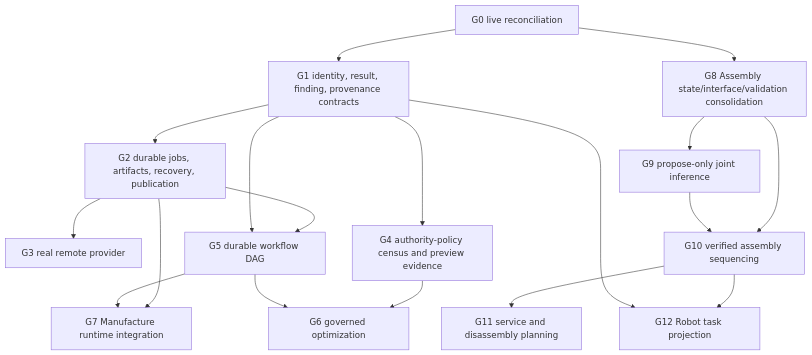
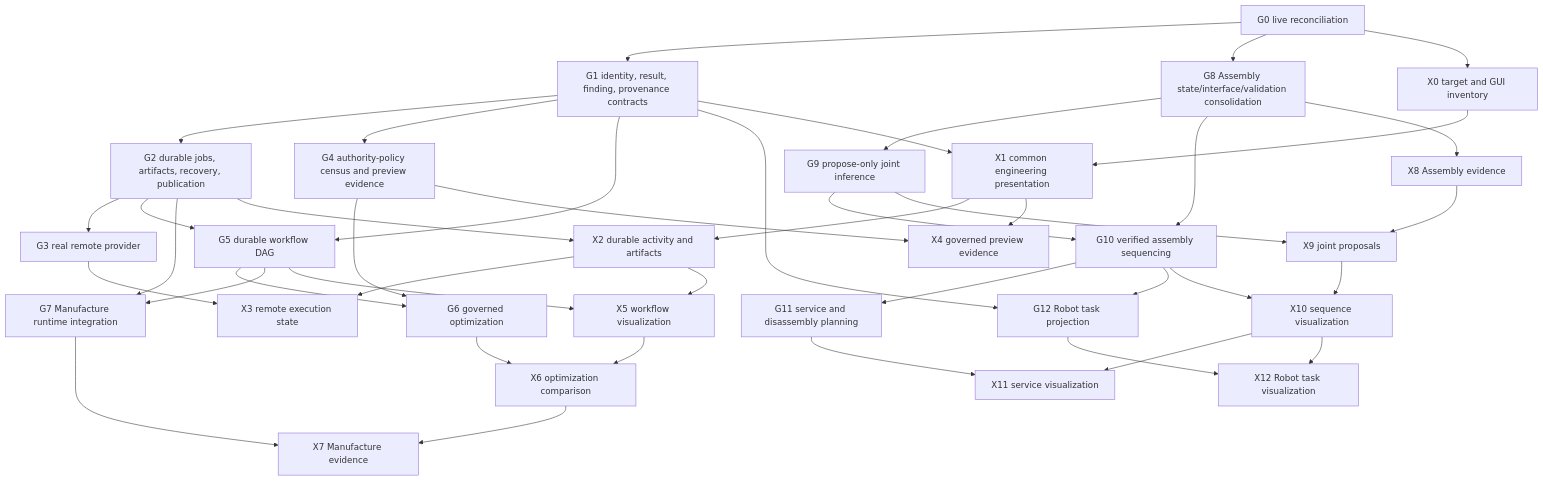
One commit to 10-X-eng/vibecad changed the diagram in docs/vibecad-governed-engineering-roadmap.md. Above: the diagram before and after it, drawn with Mermaid. The commit also changed other lines of this file and 8 other files, not shown here.

````diff
--- a/docs/vibecad-governed-engineering-roadmap.md
+++ b/docs/vibecad-governed-engineering-roadmap.md
@@ -226,20 +242,39 @@
 ```mermaid
 flowchart TD
     G0[G0 live reconciliation] --> G1[G1 identity, result, finding, provenance contracts]
     G1 --> G2[G2 durable jobs, artifacts, recovery, publication]
     G2 --> G3[G3 real remote provider]
     G1 --> G4[G4 authority-policy census and preview evidence]
     G2 --> G5[G5 durable workflow DAG]
     G1 --> G5
     G4 --> G6[G6 governed optimization]
     G5 --> G6
     G2 --> G7[G7 Manufacture runtime integration]
     G5 --> G7
     G0 --> G8[G8 Assembly state/interface/validation consolidation]
     G8 --> G9[G9 propose-only joint inference]
     G8 --> G10[G10 verified assembly sequencing]
     G9 --> G10
     G10 --> G11[G11 service and disassembly planning]
     G10 --> G12[G12 Robot task projection]
     G1 --> G12
+    G0 --> X0[X0 target and GUI inventory]
+    G1 --> X1[X1 common engineering presentation]
+    G2 --> X2[X2 durable activity and artifacts]
+    G3 --> X3[X3 remote execution state]
+    G4 --> X4[X4 governed preview evidence]
+    G5 --> X5[X5 workflow visualization]
+    G6 --> X6[X6 optimization comparison]
+    G7 --> X7[X7 Manufacture evidence]
+    G8 --> X8[X8 Assembly evidence]
+    G9 --> X9[X9 joint proposals]
+    G10 --> X10[X10 sequence visualization]
+    G11 --> X11[X11 service visualization]
+    G12 --> X12[X12 Robot task visualization]
+    X0 --> X1 --> X2
+    X1 --> X4
+    X2 --> X3
+    X2 --> X5 --> X6 --> X7
+    X8 --> X9 --> X10 --> X11
+    X10 --> X12
 ```
````
